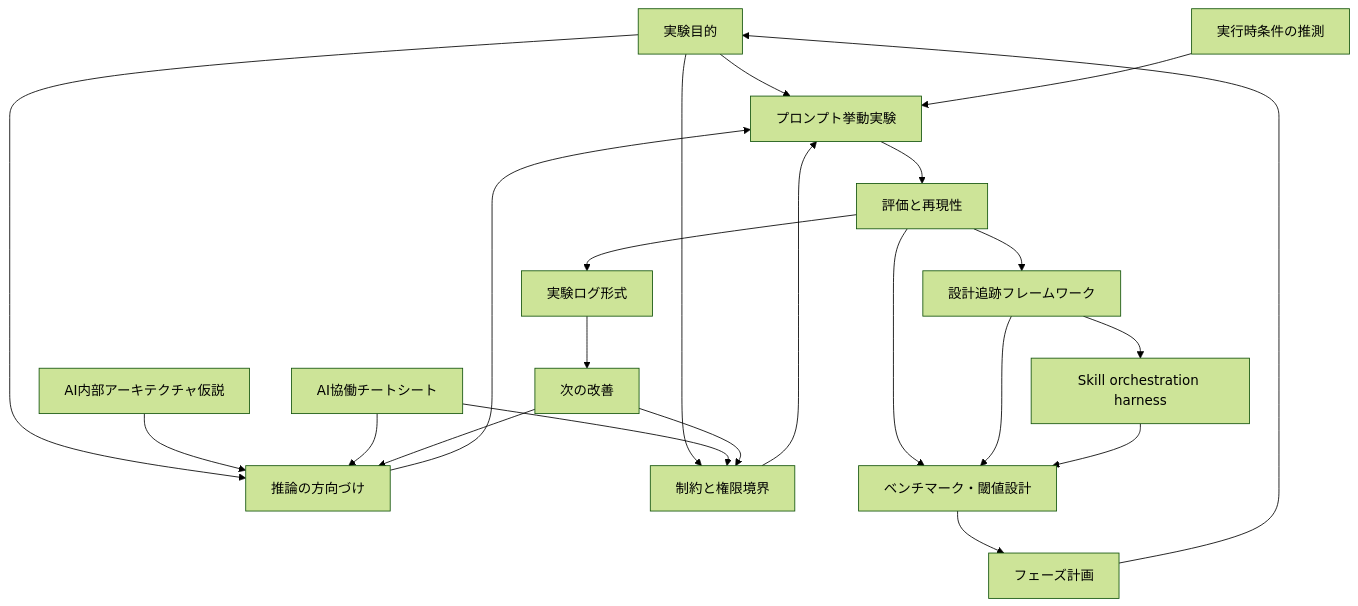
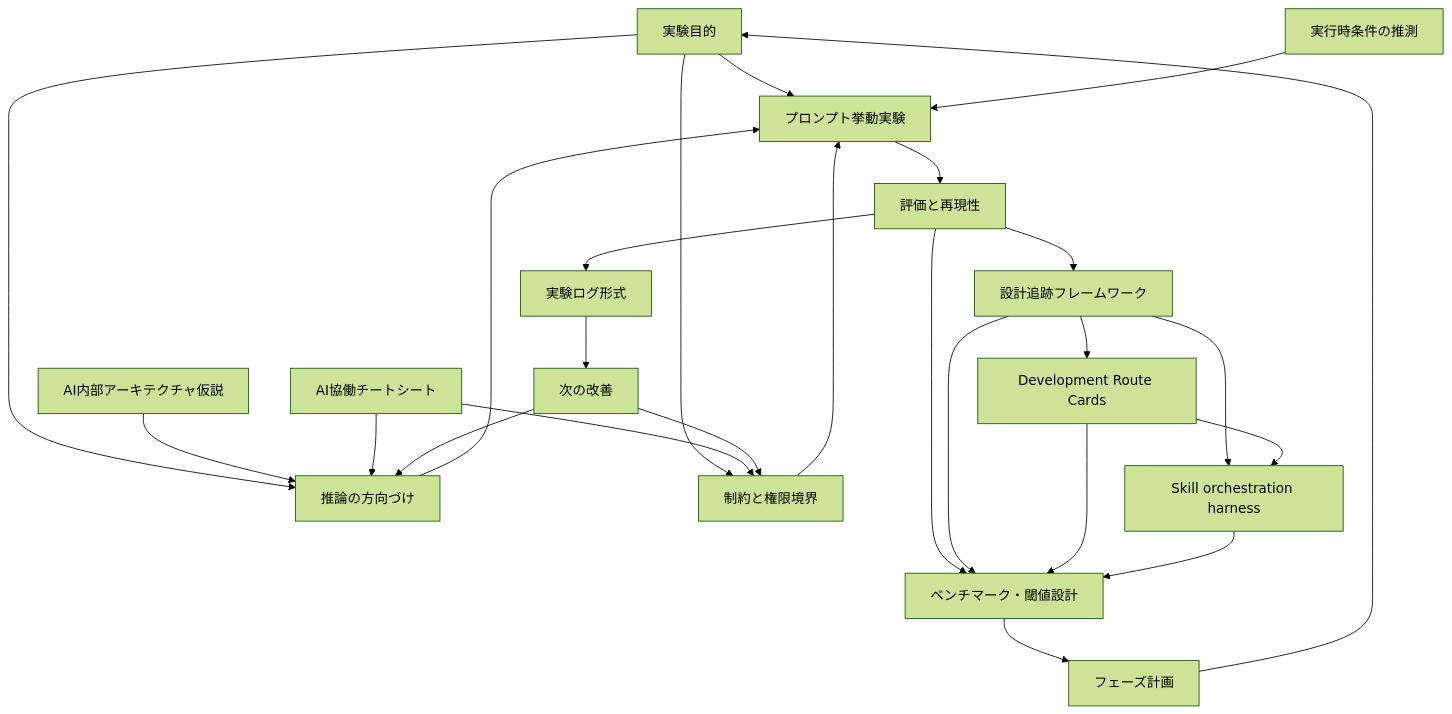
One commit to schro-cat-dev/torisetsu changed the diagram in internal_refs/ai_experiment_scopes/README.md. Above: the diagram before and after it, drawn with Mermaid (forest theme). The commit also changed other lines of this file and 4 other files, not shown here.

Commit message:
Add development route card planning

````diff
--- a/internal_refs/ai_experiment_scopes/README.md
+++ b/internal_refs/ai_experiment_scopes/README.md
@@ -28,26 +29,29 @@
 ```mermaid
 flowchart TD
   Goal["実験目的"] --> Prompt["プロンプト挙動実験"]
   Goal --> Direction["推論の方向づけ"]
   Goal --> Constraint["制約と権限境界"]
 
   Runtime["実行時条件の推測"] --> Prompt
   Direction --> Prompt
   Constraint --> Prompt
   Architecture["AI内部アーキテクチャ仮説"] --> Direction
   Collaboration["AI協働チートシート"] --> Direction
   Collaboration --> Constraint
 
   Prompt --> Evaluation["評価と再現性"]
   Evaluation --> Benchmark["ベンチマーク・閾値設計"]
   Evaluation --> Traceability["設計追跡フレームワーク"]
   Traceability --> SkillHarness["Skill orchestration harness"]
+  Traceability --> DevRoutes["Development Route Cards"]
   Traceability --> Benchmark
+  DevRoutes --> SkillHarness
+  DevRoutes --> Benchmark
   SkillHarness --> Benchmark
   Benchmark --> Phase["フェーズ計画"]
   Evaluation --> Log["実験ログ形式"]
   Log --> Next["次の改善"]
   Phase["フェーズ計画"] --> Goal
   Next --> Direction
   Next --> Constraint
 ```
````
